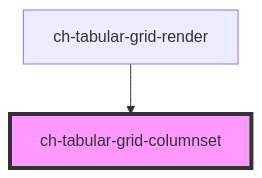
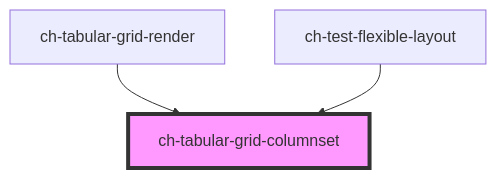
The diagram in src/components/tabular-grid/columnset/readme.md (genexuslabs/chameleon-controls-library), drawn with Mermaid before and after one commit. The commit also changed other lines of this file and 15 other files, not shown here.

````diff
--- a/src/components/tabular-grid/columnset/readme.md
+++ b/src/components/tabular-grid/columnset/readme.md
@@ -24,5 +25,6 @@
 ```mermaid
 graph TD;
   ch-tabular-grid-render --> ch-tabular-grid-columnset
+  ch-test-flexible-layout --> ch-tabular-grid-columnset
   style ch-tabular-grid-columnset fill:#f9f,stroke:#333,stroke-width:4px
 ```
````
